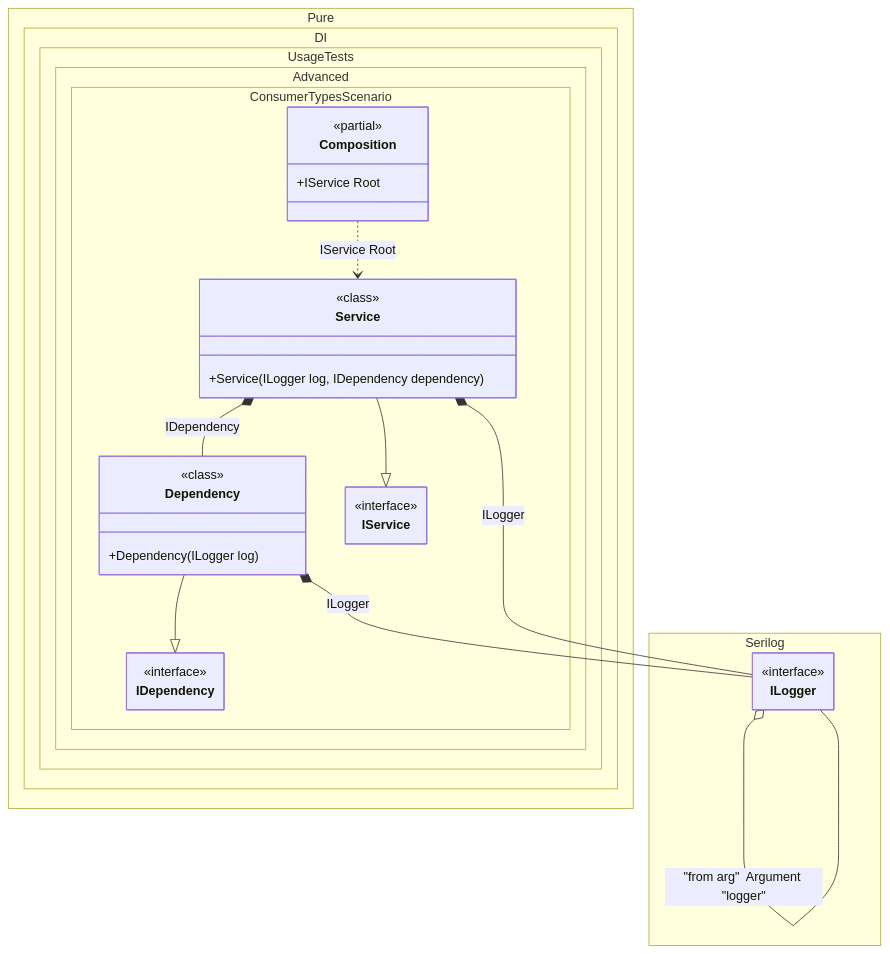
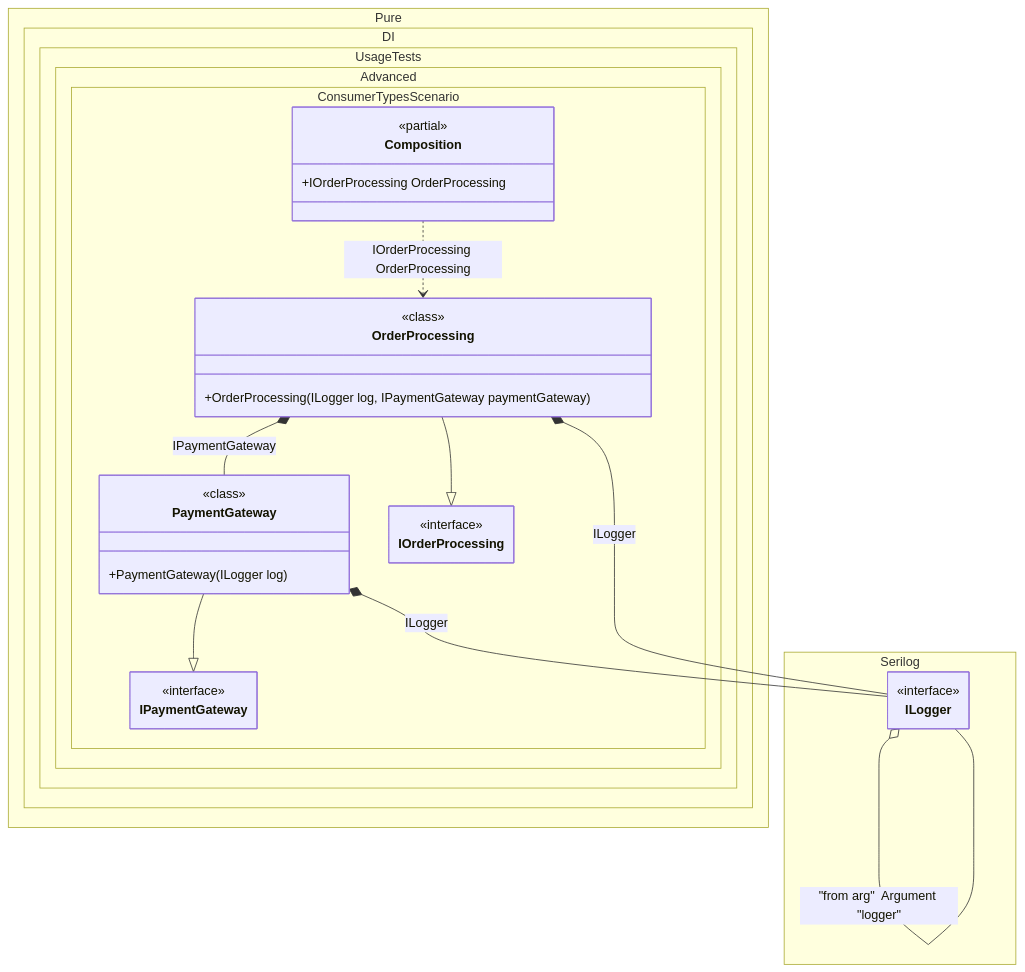
One commit to DevTeam/Pure.DI changed the diagram in readme/consumer-types.md. Above: the diagram before and after it, drawn with Mermaid. The commit also changed other lines of this file and 126 other files, not shown here.

````diff
--- a/readme/consumer-types.md
+++ b/readme/consumer-types.md
@@ -143,42 +148,42 @@
 ```mermaid
 ---
  config:
   maxTextSize: 2147483647
   maxEdges: 2147483647
   class:
    hideEmptyMembersBox: true
 ---
 classDiagram
-	Dependency --|> IDependency
-	Service --|> IService
-	Composition ..> Service : IService Root
+	PaymentGateway --|> IPaymentGateway
+	OrderProcessing --|> IOrderProcessing
+	Composition ..> OrderProcessing : IOrderProcessing OrderProcessing
 	ILogger o-- ILogger : "from arg"  Argument "logger"
-	Dependency *--  ILogger : ILogger
-	Service *--  ILogger : ILogger
-	Service *--  Dependency : IDependency
+	PaymentGateway *--  ILogger : ILogger
+	OrderProcessing *--  ILogger : ILogger
+	OrderProcessing *--  PaymentGateway : IPaymentGateway
 	namespace Pure.DI.UsageTests.Advanced.ConsumerTypesScenario {
 		class Composition {
 		<<partial>>
-		+IService Root
+		+IOrderProcessing OrderProcessing
 		}
-		class Dependency {
-				<<class>>
-			+Dependency(ILogger log)
-		}
-		class IDependency {
+		class IOrderProcessing {
 			<<interface>>
 		}
-		class IService {
+		class IPaymentGateway {
 			<<interface>>
 		}
-		class Service {
+		class OrderProcessing {
 				<<class>>
-			+Service(ILogger log, IDependency dependency)
+			+OrderProcessing(ILogger log, IPaymentGateway paymentGateway)
+		}
+		class PaymentGateway {
+				<<class>>
+			+PaymentGateway(ILogger log)
 		}
 	}
 	namespace Serilog {
 		class ILogger {
 				<<interface>>
 		}
 	}
 ```
````
